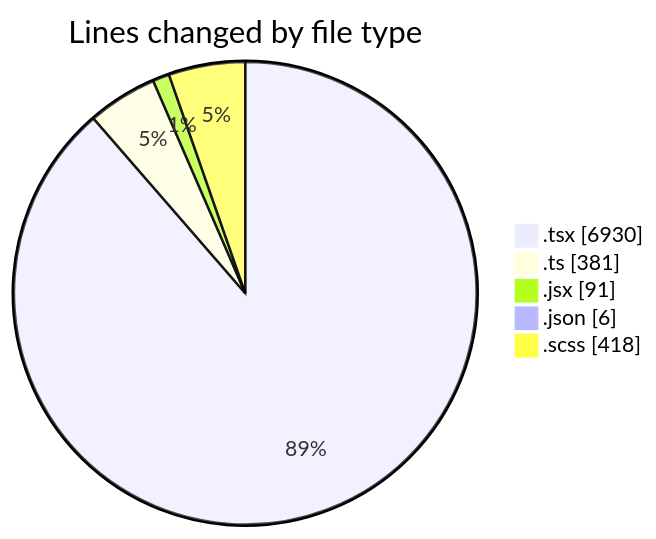
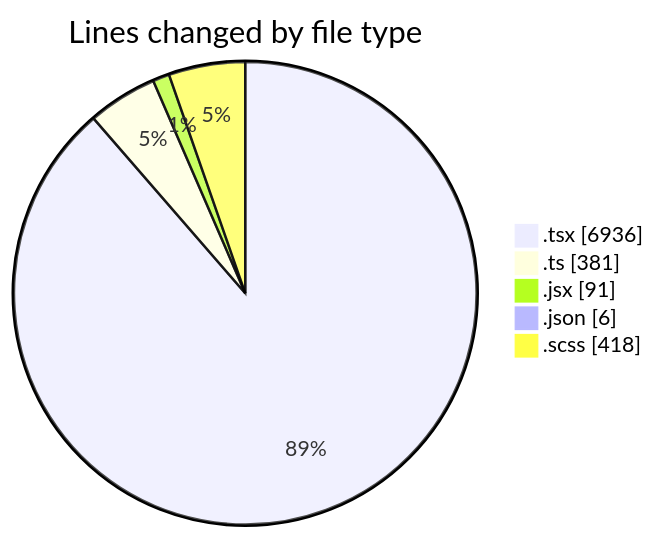
Before and after one commit to momahboobian/code-tracking: the first of 2 diagrams in 2026-04-27/cda/README.md, drawn with Mermaid. The commit also changed other lines of this file and 1 other file, not shown here.

````diff
--- a/2026-04-27/cda/README.md
+++ b/2026-04-27/cda/README.md
@@ -45,9 +45,9 @@
 ```mermaid
 pie showData
 title Lines changed by file type
-".tsx" : 6930
+".tsx" : 6936
 ".ts" : 381
 ".jsx" : 91
 ".json" : 6
 ".scss" : 418
 ```
````
